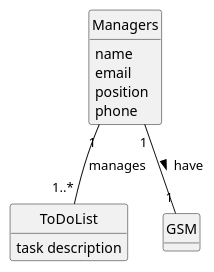
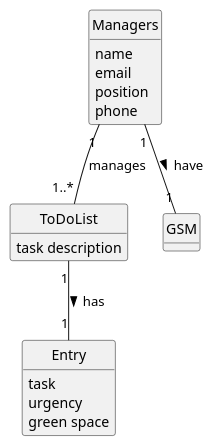
The diagram in docs/SprintC/us021/02.analysis/puml/us021-domain-model.puml (Departamento-de-Engenharia-Informatica/lei-24-s2-1df-1de-g063), drawn with PlantUML before and after one commit. The commit also changed 9 other files, not shown here.

```diff
--- a/docs/SprintC/us021/02.analysis/puml/us021-domain-model.puml
+++ b/docs/SprintC/us021/02.analysis/puml/us021-domain-model.puml
@@ -1,31 +1,38 @@
 @startuml
 skinparam monochrome true
 skinparam packageStyle rectangle
 skinparam shadowing false
 skinparam monochrome true
 skinparam packageStyle rectangle
 skinparam shadowing false
 'skinparam linetype ortho
 'left to right direction
 skinparam classAttributeIconSize 0
 hide circle
 hide methods
 
+class Entry {
+    task
+    urgency
+    green space
+}
 
 class ToDoList {
     task description
 }
 
 class GSM {
 }
 
 class Managers {
     name
     email
     position
     phone
 }
 
 Managers "1" -- "1" GSM : have >
 Managers "1" -- "1..*" ToDoList: manages
+ToDoList "1" -- "1" Entry : has >
+
 @enduml
```
